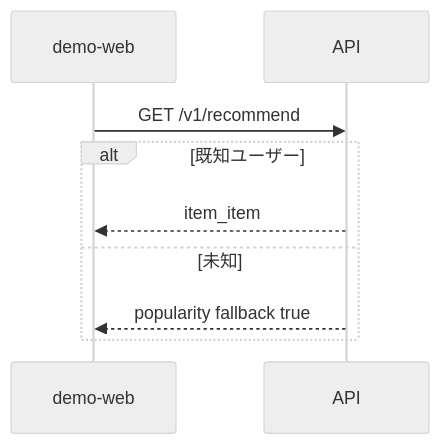
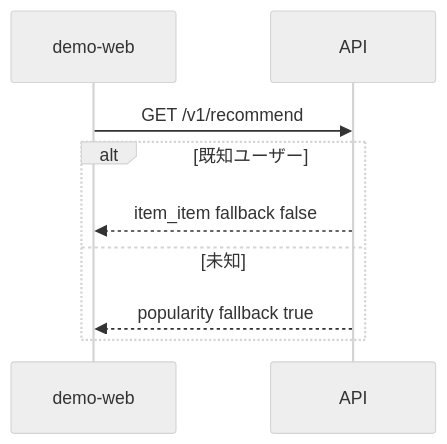
One commit to maeplego/portfolio-plan changed the second of 3 diagrams in portfolio-plan/recommend/docs/06-diagrams.md. Above: the diagram before and after it, drawn with Mermaid (neutral theme). The commit also changed other lines of this file and 111 other files, not shown here.

````diff
--- a/portfolio-plan/recommend/docs/06-diagrams.md
+++ b/portfolio-plan/recommend/docs/06-diagrams.md
@@ -18,11 +31,11 @@
 ```mermaid
 sequenceDiagram
   participant W as demo-web
   participant A as API
   W->>A: GET /v1/recommend
   alt 既知ユーザー
-    A-->>W: item_item
+    A-->>W: item_item fallback false
   else 未知
     A-->>W: popularity fallback true
   end
 ```
````
